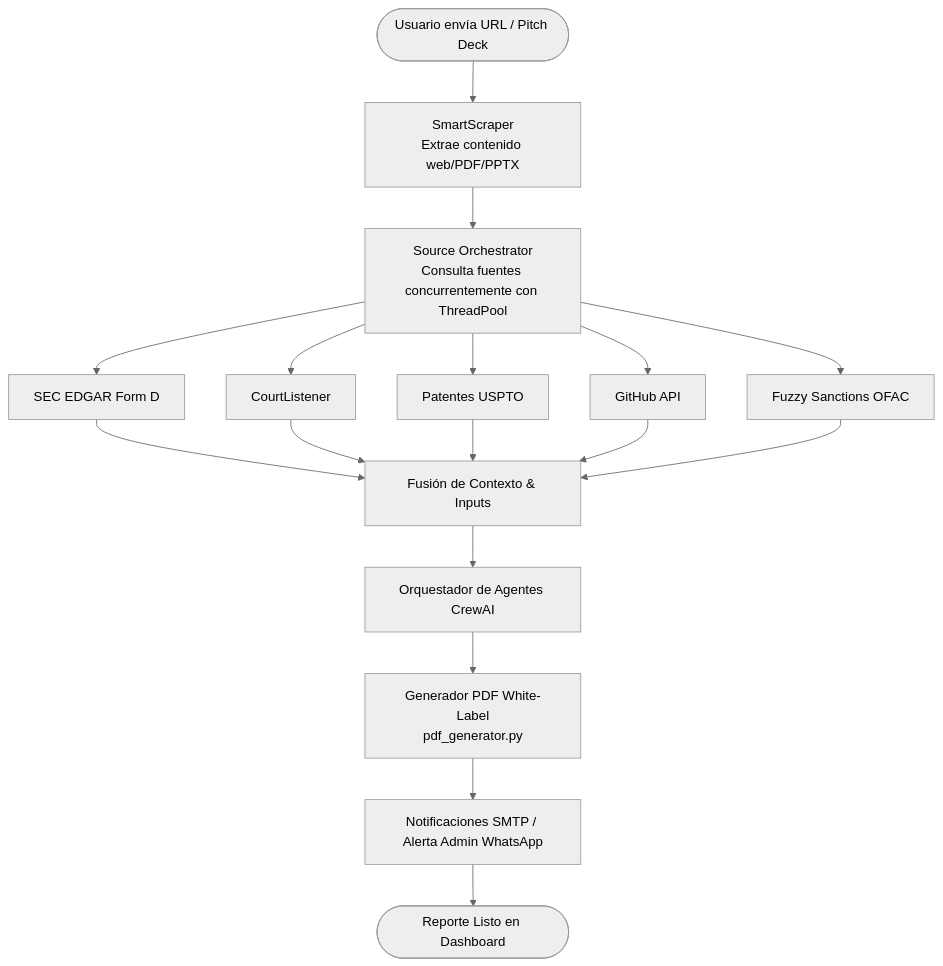
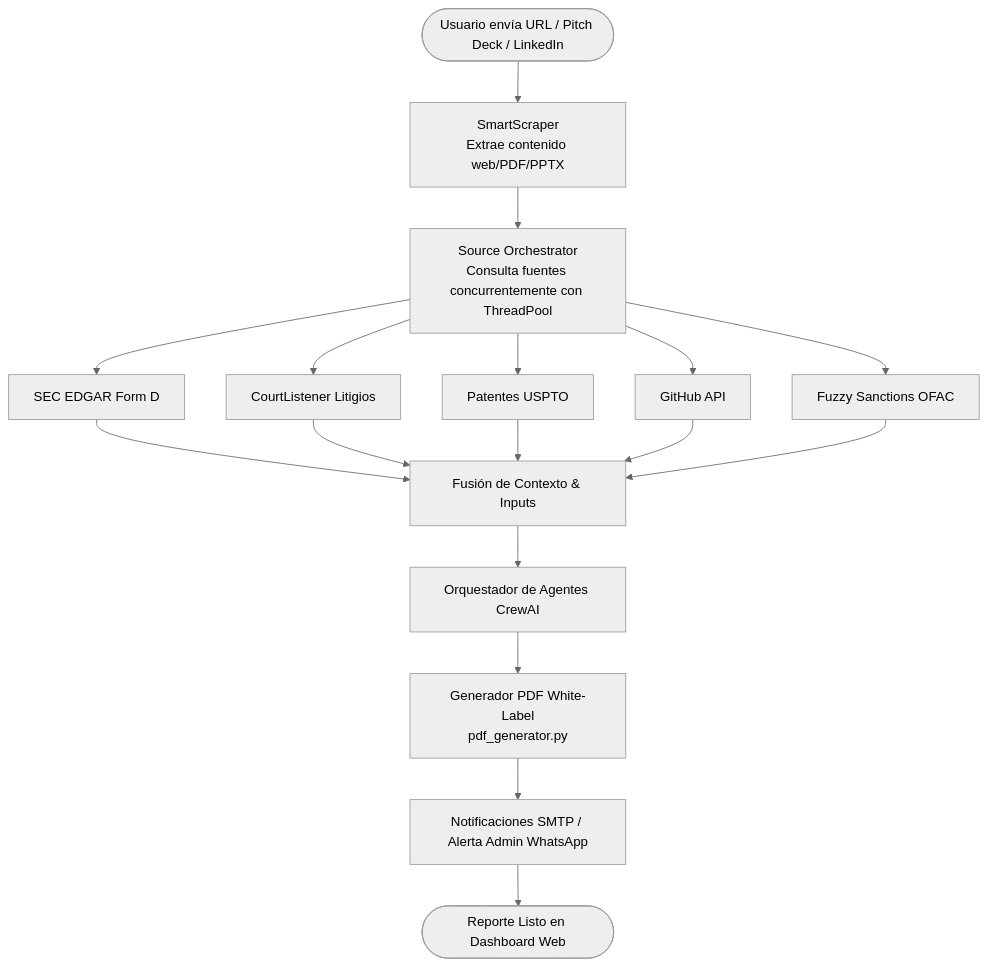
One commit to athenacoree/1 changed the second of 2 diagrams in README.md. Above: the diagram before and after it, drawn with Mermaid (neutral theme). The commit also changed other lines of this file and 6 other files, not shown here.

````diff
--- a/README.md
+++ b/README.md
@@ -87,16 +67,16 @@
 ```mermaid
 graph TD
-    User([Usuario envía URL / Pitch Deck]) --> Scraper[SmartScraper<br/>Extrae contenido web/PDF/PPTX]
+    User([Usuario envía URL / Pitch Deck / LinkedIn]) --> Scraper[SmartScraper<br/>Extrae contenido web/PDF/PPTX]
     Scraper --> Orch[Source Orchestrator<br/>Consulta fuentes concurrentemente con ThreadPool]
     Orch --> SEC[SEC EDGAR Form D]
-    Orch --> Court[CourtListener]
+    Orch --> Court[CourtListener Litigios]
     Orch --> USPTO[Patentes USPTO]
     Orch --> GH[GitHub API]
     Orch --> OFAC[Fuzzy Sanctions OFAC]
 
     SEC & Court & USPTO & GH & OFAC --> MergeCtx[Fusión de Contexto & Inputs]
     MergeCtx --> Crew[Orquestador de Agentes CrewAI]
     Crew --> GenPDF[Generador PDF White-Label<br/>pdf_generator.py]
     GenPDF --> Notify[Notificaciones SMTP / Alerta Admin WhatsApp]
-    Notify --> Finished([Reporte Listo en Dashboard])
+    Notify --> Finished([Reporte Listo en Dashboard Web])
 ```
````
